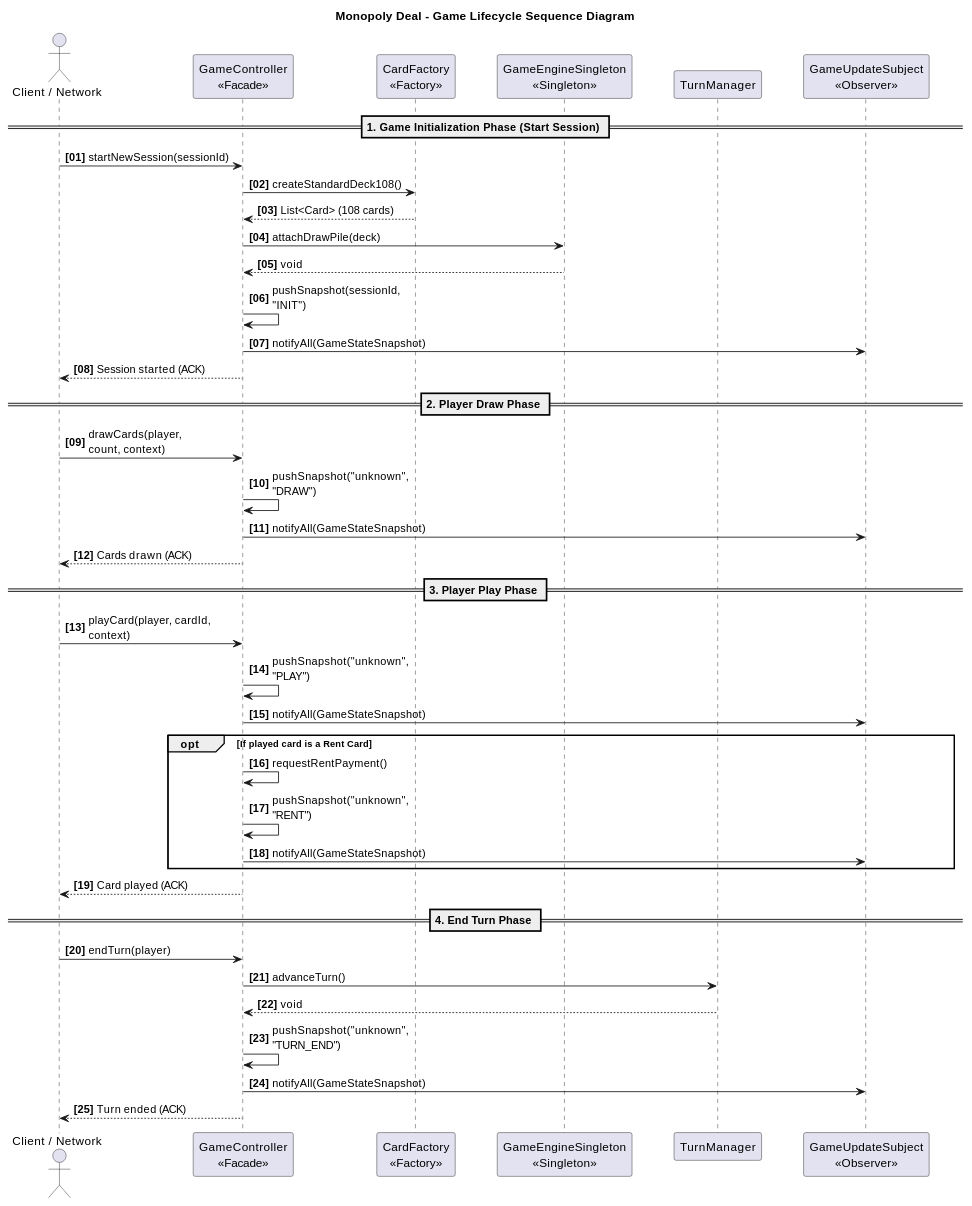
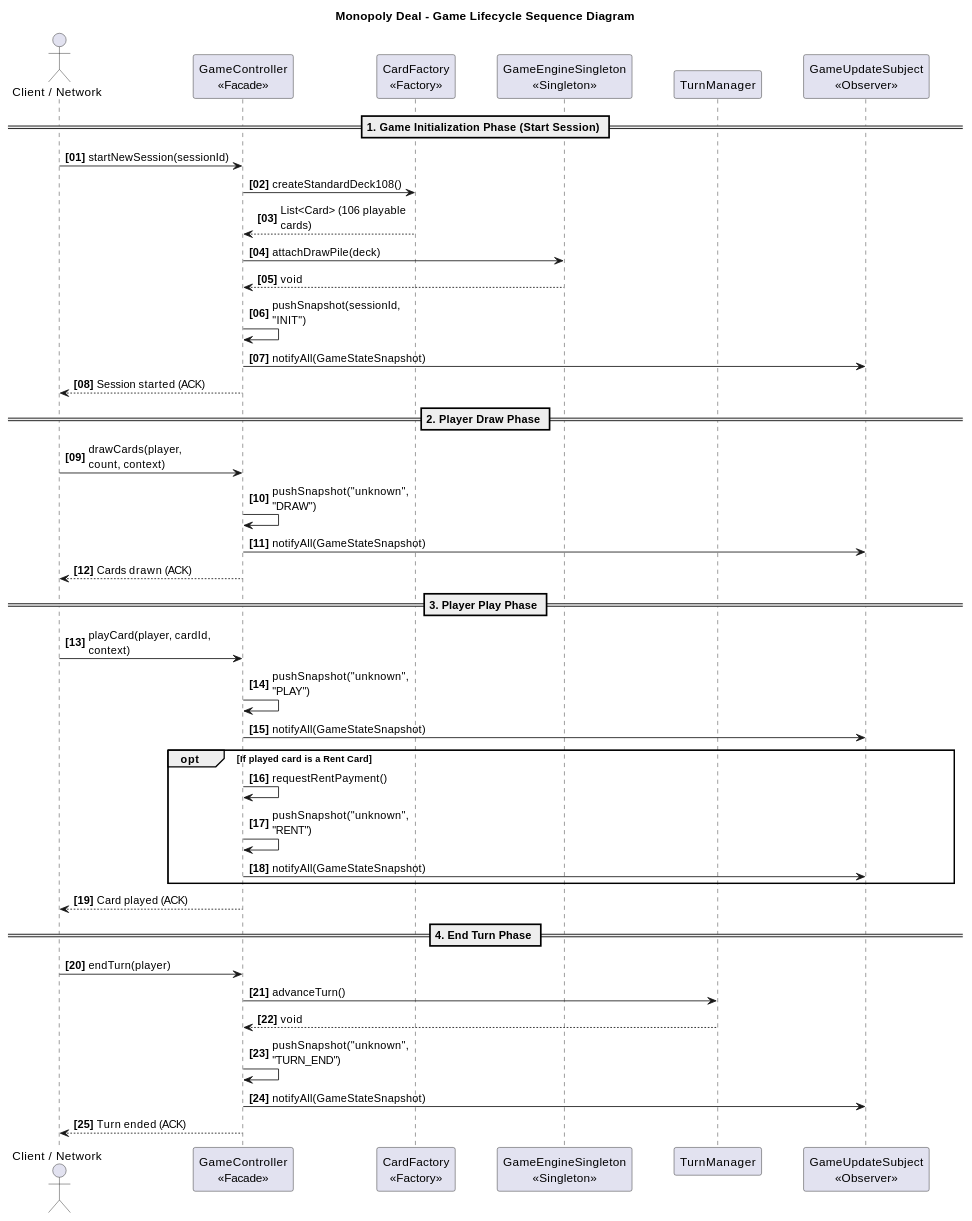
Before and after one commit to NEVER-AGAIN-RAY/Monopoly_Group7: the second of 3 diagrams in docs/architecture/uml_source.md, drawn with PlantUML. The commit also changed other lines of this file and 121 other files, not shown here.

````diff
--- a/docs/architecture/uml_source.md
+++ b/docs/architecture/uml_source.md
@@ -492,52 +492,52 @@
 ```plantuml
 @startuml
 skinparam maxMessageSize 150
 skinparam participantPadding 20
 skinparam boxPadding 10
 autonumber "<b>[00]"
 
 title Monopoly Deal - Game Lifecycle Sequence Diagram
 
 actor "Client / Network" as Client
 participant "GameController\n<<Facade>>" as Controller
 participant "CardFactory\n<<Factory>>" as Factory
 participant "GameEngineSingleton\n<<Singleton>>" as Engine
 participant "TurnManager" as TurnMgr
 participant "GameUpdateSubject\n<<Observer>>" as Subject
 
 == 1. Game Initialization Phase (Start Session) ==
 Client -> Controller: startNewSession(sessionId)
 Controller -> Factory: createStandardDeck108()
-Factory --> Controller: List<Card> (108 cards)
+Factory --> Controller: List<Card> (106 playable cards)
 Controller -> Engine: attachDrawPile(deck)
 Engine --> Controller: void
 Controller -> Controller: pushSnapshot(sessionId, "INIT")
 Controller -> Subject: notifyAll(GameStateSnapshot)
 Controller --> Client: Session started (ACK)
 
 == 2. Player Draw Phase ==
 Client -> Controller: drawCards(player, count, context)
 Controller -> Controller: pushSnapshot("unknown", "DRAW")
 Controller -> Subject: notifyAll(GameStateSnapshot)
 Controller --> Client: Cards drawn (ACK)
 
 == 3. Player Play Phase ==
 Client -> Controller: playCard(player, cardId, context)
 Controller -> Controller: pushSnapshot("unknown", "PLAY")
 Controller -> Subject: notifyAll(GameStateSnapshot)
 opt If played card is a Rent Card
     Controller -> Controller: requestRentPayment()
     Controller -> Controller: pushSnapshot("unknown", "RENT")
     Controller -> Subject: notifyAll(GameStateSnapshot)
 end
 Controller --> Client: Card played (ACK)
 
 == 4. End Turn Phase ==
 Client -> Controller: endTurn(player)
 Controller -> TurnMgr: advanceTurn()
 TurnMgr --> Controller: void
 Controller -> Controller: pushSnapshot("unknown", "TURN_END")
 Controller -> Subject: notifyAll(GameStateSnapshot)
 Controller --> Client: Turn ended (ACK)
 @enduml
 ```
````
